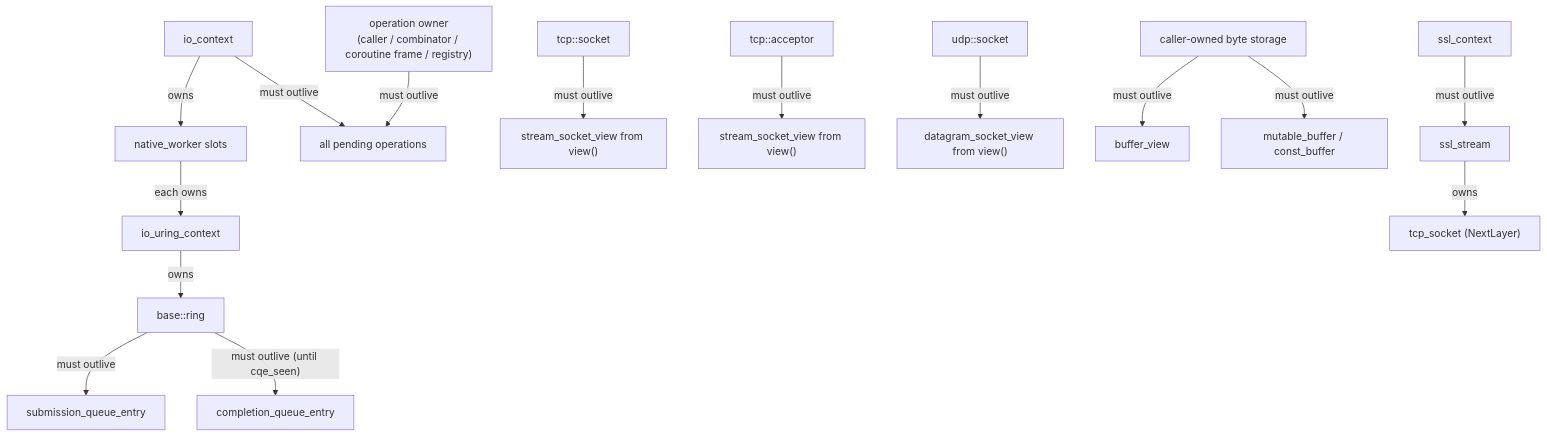
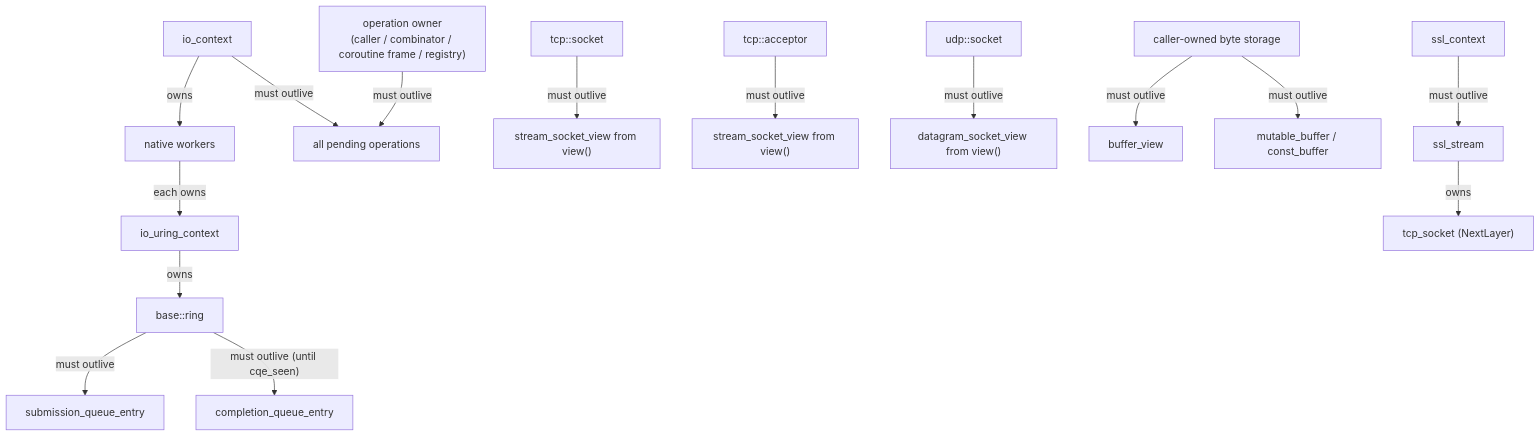
One commit to haomingbai/bnio changed the second of 3 diagrams in docs/design/lifecycle.md. Above: the diagram before and after it, drawn with Mermaid. The commit also changed other lines of this file and 44 other files, not shown here.

````diff
--- a/docs/design/lifecycle.md
+++ b/docs/design/lifecycle.md
@@ -51,22 +51,22 @@
 ```mermaid
 graph TB
-    Ctx["io_context"] -->|"owns"| Workers["native_worker slots"]
+    Ctx["io_context"] -->|"owns"| Workers["native workers"]
     Workers -->|"each owns"| UCtx["io_uring_context"]
     UCtx -->|"owns"| Ring["base::ring"]
 
     OpOwner["operation owner<br/>(caller / combinator / coroutine frame / registry)"] -->|"must outlive"| Ops["all pending operations"]
     Ctx -->|"must outlive"| Ops
 
     Ring -->|"must outlive"| SQE["submission_queue_entry"]
     Ring -->|"must outlive (until cqe_seen)"| CQE["completion_queue_entry"]
 
     TCPSock["tcp::socket"] -->|"must outlive"| SView["stream_socket_view from view()"]
     TCPAcpt["tcp::acceptor"] -->|"must outlive"| LView["stream_socket_view from view()"]
     UDPSock["udp::socket"] -->|"must outlive"| DView["datagram_socket_view from view()"]
 
     UserBuf["caller-owned byte storage"] -->|"must outlive"| BufView["buffer_view"]
     UserBuf -->|"must outlive"| MBuf["mutable_buffer / const_buffer"]
 
     SSLCtx["ssl_context"] -->|"must outlive"| SSLStream["ssl_stream"]
     SSLStream -->|"owns"| Inner["tcp_socket (NextLayer)"]
 ```
````
